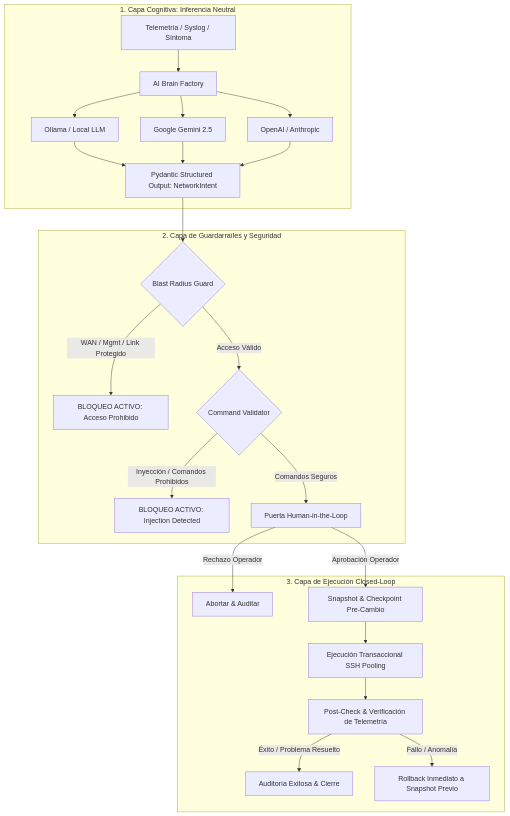
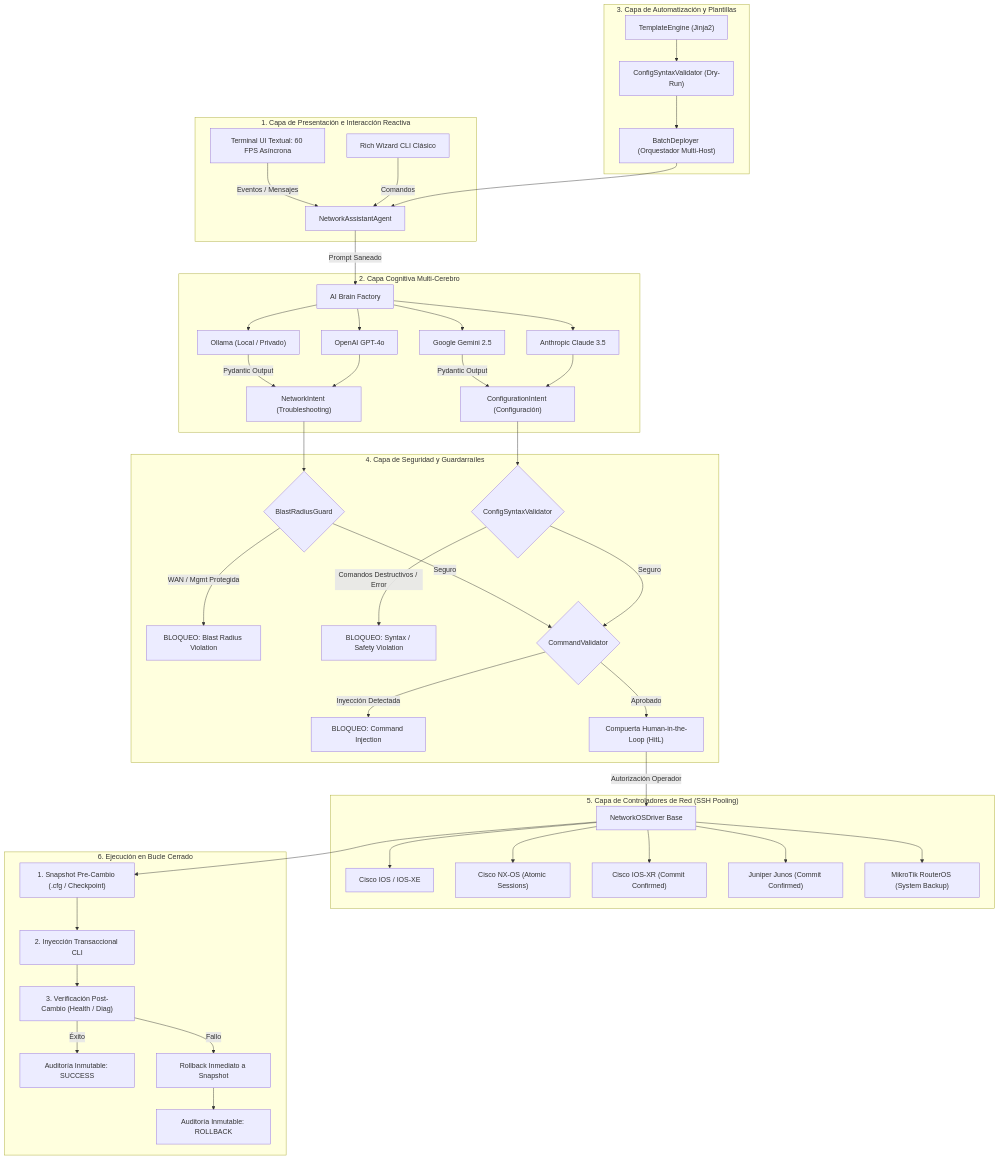
The first of 4 diagrams in docs/ARCHITECTURE.md (GuifMur98/networkingAgent), drawn with Mermaid before and after one commit. The commit also changed other lines of this file and 5 other files, not shown here.

````diff
--- a/docs/ARCHITECTURE.md
+++ b/docs/ARCHITECTURE.md
@@ -17,29 +16,56 @@
 ```mermaid
 flowchart TD
-    subgraph CognitiveLayer ["1. Capa Cognitiva: Inferencia Neutral"]
-        T["Telemetría / Syslog / Síntoma"] --> B["AI Brain Factory"]
-        B --> B1["Ollama / Local LLM"]
-        B --> B2["Google Gemini 2.5"]
-        B --> B3["OpenAI / Anthropic"]
-        B1 --> I["Pydantic Structured Output: NetworkIntent"]
-        B2 --> I
-        B3 --> I
+    subgraph PresentationLayer ["1. Capa de Presentación e Interacción Reactiva"]
+        TUI["Terminal UI Textual: 60 FPS Asíncrona"]
+        CLI["Rich Wizard CLI Clásico"]
+        TUI -->|Eventos / Mensajes| AG["NetworkAssistantAgent"]
+        CLI -->|Comandos| AG
     end
 
-    subgraph GuardrailLayer ["2. Capa de Guardarraíles y Seguridad"]
-        I --> G1{"Blast Radius Guard"}
-        G1 -->|WAN / Mgmt / Link Protegido| BL1["BLOQUEO ACTIVO: Acceso Prohibido"]
-        G1 -->|Acceso Válido| G2{"Command Validator"}
-        G2 -->|Inyección / Comandos Prohibidos| BL2["BLOQUEO ACTIVO: Injection Detected"]
-        G2 -->|Comandos Seguros| H["Puerta Human-in-the-Loop"]
+    subgraph CognitiveLayer ["2. Capa Cognitiva Multi-Cerebro"]
+        AG -->|Prompt Saneado| BF["AI Brain Factory"]
+        BF --> OLL["Ollama (Local / Privado)"]
+        BF --> GEM["Google Gemini 2.5"]
+        BF --> OAI["OpenAI GPT-4o"]
+        BF --> CLA["Anthropic Claude 3.5"]
+        OLL -->|Pydantic Output| NI["NetworkIntent (Troubleshooting)"]
+        GEM -->|Pydantic Output| CI["ConfigurationIntent (Configuración)"]
+        OAI --> NI
+        CLA --> CI
     end
 
-    subgraph ClosedLoopLayer ["3. Capa de Ejecución Closed-Loop"]
-        H -->|Rechazo Operador| AB["Abortar & Auditar"]
-        H -->|Aprobación Operador| SNAP["Snapshot & Checkpoint Pre-Cambio"]
-        SNAP --> EXEC["Ejecución Transaccional SSH Pooling"]
-        EXEC --> POST["Post-Check & Verificación de Telemetría"]
-        POST -->|Éxito / Problema Resuelto| OK["Auditoría Exitosa & Cierre"]
-        POST -->|Fallo / Anomalía| RB["Rollback Inmediato a Snapshot Previo"]
+    subgraph AutomationLayer ["3. Capa de Automatización y Plantillas"]
+        TE["TemplateEngine (Jinja2)"] --> SV["ConfigSyntaxValidator (Dry-Run)"]
+        SV --> BD["BatchDeployer (Orquestador Multi-Host)"]
+        BD --> AG
+    end
+
+    subgraph GuardrailLayer ["4. Capa de Seguridad y Guardarraíles"]
+        NI --> BG{"BlastRadiusGuard"}
+        CI --> SV2{"ConfigSyntaxValidator"}
+        BG -->|WAN / Mgmt Protegida| BLK1["BLOQUEO: Blast Radius Violation"]
+        SV2 -->|Comandos Destructivos / Error| BLK2["BLOQUEO: Syntax / Safety Violation"]
+        BG -->|Seguro| CV{"CommandValidator"}
+        SV2 -->|Seguro| CV
+        CV -->|Inyección Detectada| BLK3["BLOQUEO: Command Injection"]
+        CV -->|Aprobado| HITL["Compuerta Human-in-the-Loop (HitL)"]
+    end
+
+    subgraph DriverLayer ["5. Capa de Controladores de Red (SSH Pooling)"]
+        HITL -->|Autorización Operador| DRV["NetworkOSDriver Base"]
+        DRV --> D_IOS["Cisco IOS / IOS-XE"]
+        DRV --> D_NX["Cisco NX-OS (Atomic Sessions)"]
+        DRV --> D_XR["Cisco IOS-XR (Commit Confirmed)"]
+        DRV --> D_JUN["Juniper Junos (Commit Confirmed)"]
+        DRV --> D_TIK["MikroTik RouterOS (System Backup)"]
+    end
+
+    subgraph ClosedLoopExecution ["6. Ejecución en Bucle Cerrado"]
+        DRV --> SNAP["1. Snapshot Pre-Cambio (.cfg / Checkpoint)"]
+        SNAP --> EXEC["2. Inyección Transaccional CLI"]
+        EXEC --> POST["3. Verificación Post-Cambio (Health / Diag)"]
+        POST -->|Éxito| AUD["Auditoría Inmutable: SUCCESS"]
+        POST -->|Fallo| RBK["Rollback Inmediato a Snapshot"]
+        RBK --> AUD_FAIL["Auditoría Inmutable: ROLLBACK"]
     end
 ```
````
